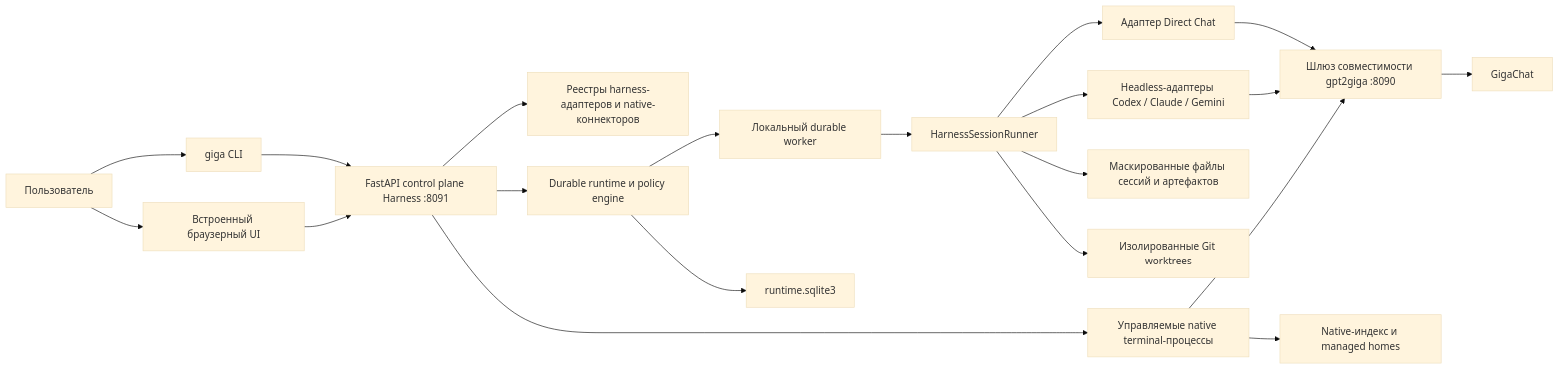
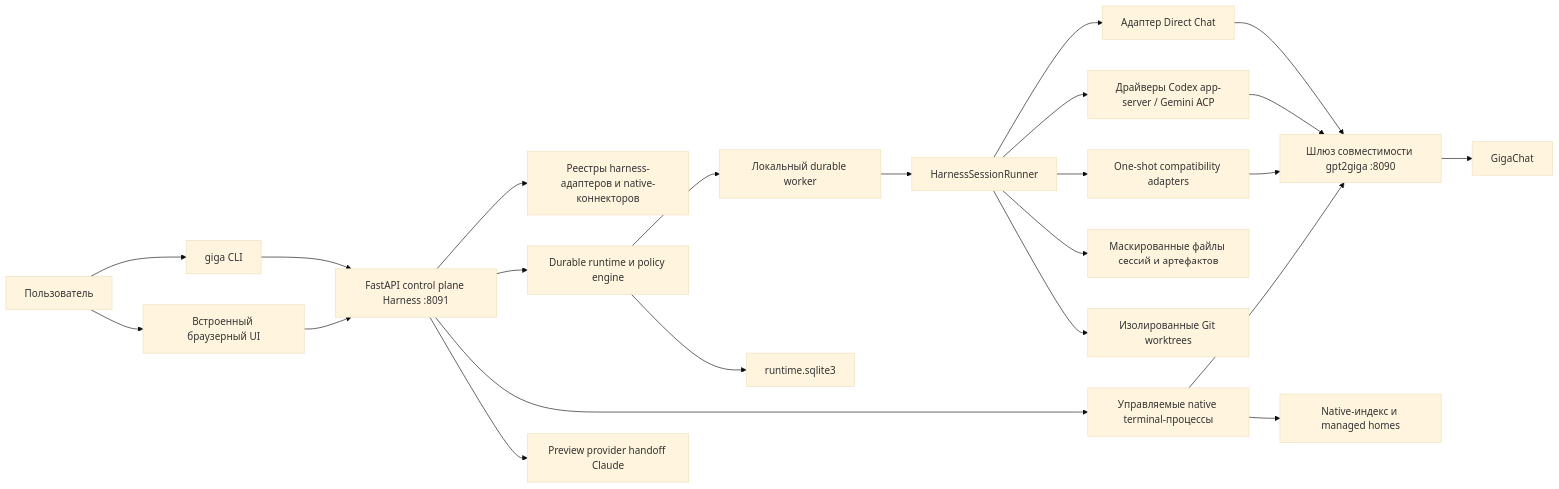
The first of 3 diagrams in docs-site/i18n/ru/docusaurus-plugin-content-docs/current/architecture/harness.md (ai-forever/gpt2giga), drawn with Mermaid (base theme) before and after one commit. The commit also changed other lines of this file and 11 other files, not shown here.

````diff
--- a/docs-site/i18n/ru/docusaurus-plugin-content-docs/current/architecture/harness.md
+++ b/docs-site/i18n/ru/docusaurus-plugin-content-docs/current/architecture/harness.md
@@ -16,26 +16,29 @@
 ```mermaid
 flowchart LR
     User["Пользователь"] --> CLI["giga CLI"]
     User --> Browser["Встроенный браузерный UI"]
     CLI --> Control["FastAPI control plane Harness :8091"]
     Browser --> Control
 
     Control --> Registry["Реестры harness-адаптеров и native-коннекторов"]
     Control --> Runtime["Durable runtime и policy engine"]
     Runtime --> Worker["Локальный durable worker"]
     Worker --> Runner["HarnessSessionRunner"]
 
     Runner --> Direct["Адаптер Direct Chat"]
-    Runner --> AgentCLI["Headless-адаптеры Codex / Claude / Gemini"]
+    Runner --> Structured["Драйверы Codex app-server / Gemini ACP"]
+    Runner --> OneShot["One-shot compatibility adapters"]
     Control --> Native["Управляемые native terminal-процессы"]
+    Control --> Handoff["Preview provider handoff Claude"]
 
     Direct --> Gateway["Шлюз совместимости gpt2giga :8090"]
-    AgentCLI --> Gateway
+    Structured --> Gateway
+    OneShot --> Gateway
     Native --> Gateway
     Gateway --> GigaChat["GigaChat"]
 
     Runner --> SessionStore["Маскированные файлы сессий и артефактов"]
     Runtime --> SQLite["runtime.sqlite3"]
     Native --> NativeState["Native-индекс и managed homes"]
     Runner --> Worktrees["Изолированные Git worktrees"]
 ```
````
